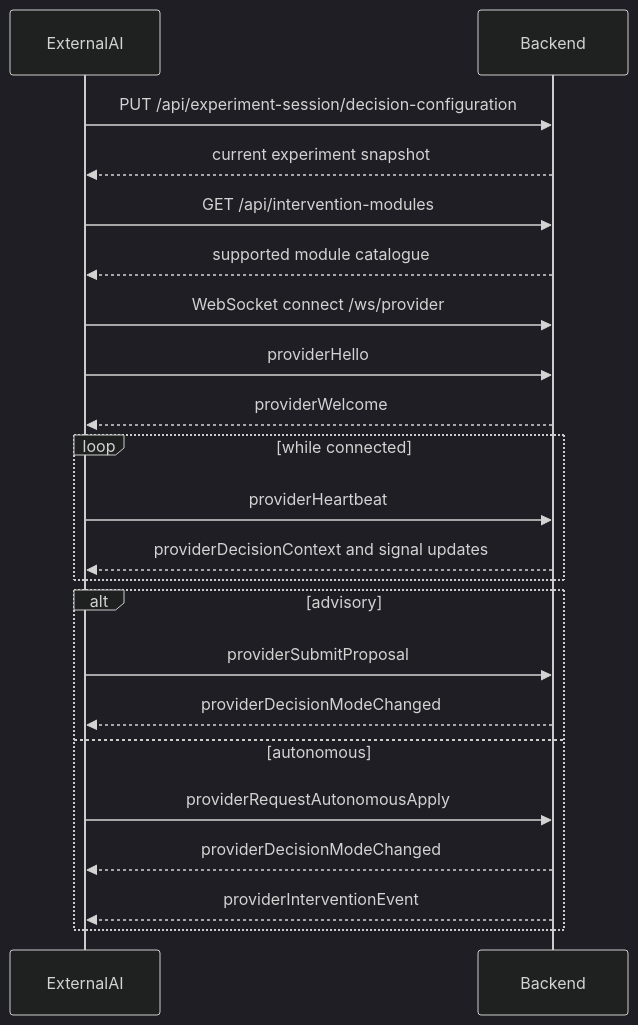
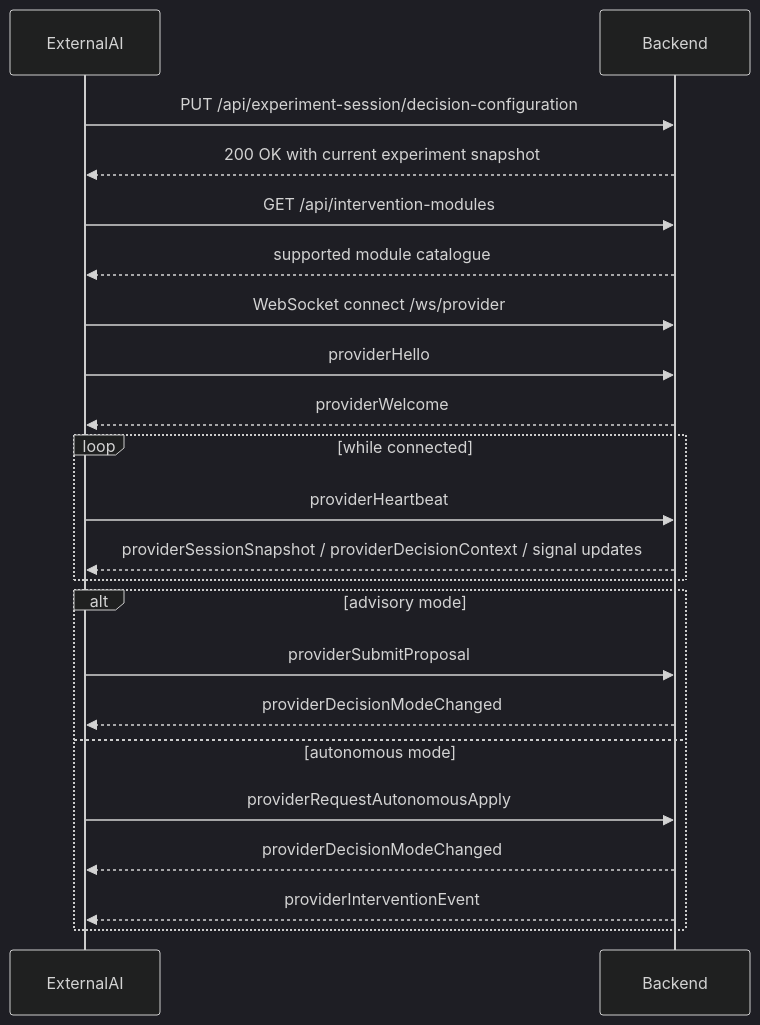
Before and after one commit to MrSachin7/reading-the-reader-monorepo: the diagram in DocsSite/app/integration/black-box-contract/page.mdx, drawn with Mermaid (dark theme). The commit also changed other lines of this file and 10 other files, not shown here.

````diff
--- a/DocsSite/app/integration/black-box-contract/page.mdx
+++ b/DocsSite/app/integration/black-box-contract/page.mdx
@@ -151,29 +1464,29 @@
 ```mermaid
 sequenceDiagram
     participant ExternalAI
     participant Backend
 
     ExternalAI->>Backend: PUT /api/experiment-session/decision-configuration
-    Backend-->>ExternalAI: current experiment snapshot
+    Backend-->>ExternalAI: 200 OK with current experiment snapshot
 
     ExternalAI->>Backend: GET /api/intervention-modules
     Backend-->>ExternalAI: supported module catalogue
 
     ExternalAI->>Backend: WebSocket connect /ws/provider
     ExternalAI->>Backend: providerHello
     Backend-->>ExternalAI: providerWelcome
 
     loop while connected
         ExternalAI->>Backend: providerHeartbeat
-        Backend-->>ExternalAI: providerDecisionContext and signal updates
+        Backend-->>ExternalAI: providerSessionSnapshot / providerDecisionContext / signal updates
     end
 
-    alt advisory
+    alt advisory mode
         ExternalAI->>Backend: providerSubmitProposal
         Backend-->>ExternalAI: providerDecisionModeChanged
-    else autonomous
+    else autonomous mode
         ExternalAI->>Backend: providerRequestAutonomousApply
         Backend-->>ExternalAI: providerDecisionModeChanged
         Backend-->>ExternalAI: providerInterventionEvent
     end
 ```
````
